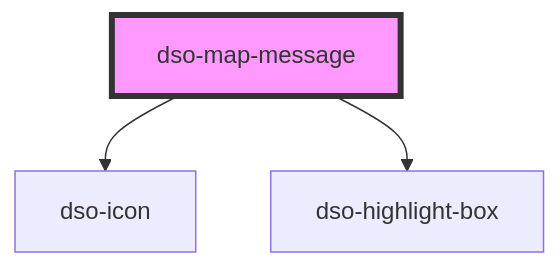
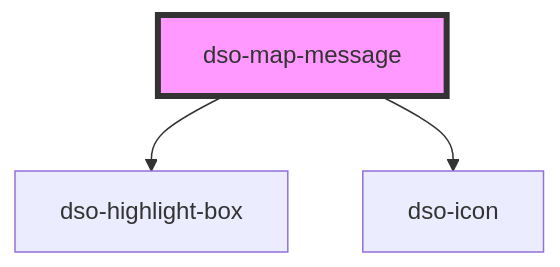
One commit to dso-toolkit/dso-toolkit changed the diagram in packages/core/src/components/map-message/readme.md. Above: the diagram before and after it, drawn with Mermaid. The commit also changed other lines of this file and 11 other files, not shown here.

````diff
--- a/packages/core/src/components/map-message/readme.md
+++ b/packages/core/src/components/map-message/readme.md
@@ -31,6 +30,6 @@
 ```mermaid
 graph TD;
+  dso-map-message --> dso-highlight-box
   dso-map-message --> dso-icon
-  dso-map-message --> dso-highlight-box
   style dso-map-message fill:#f9f,stroke:#333,stroke-width:4px
 ```
````
